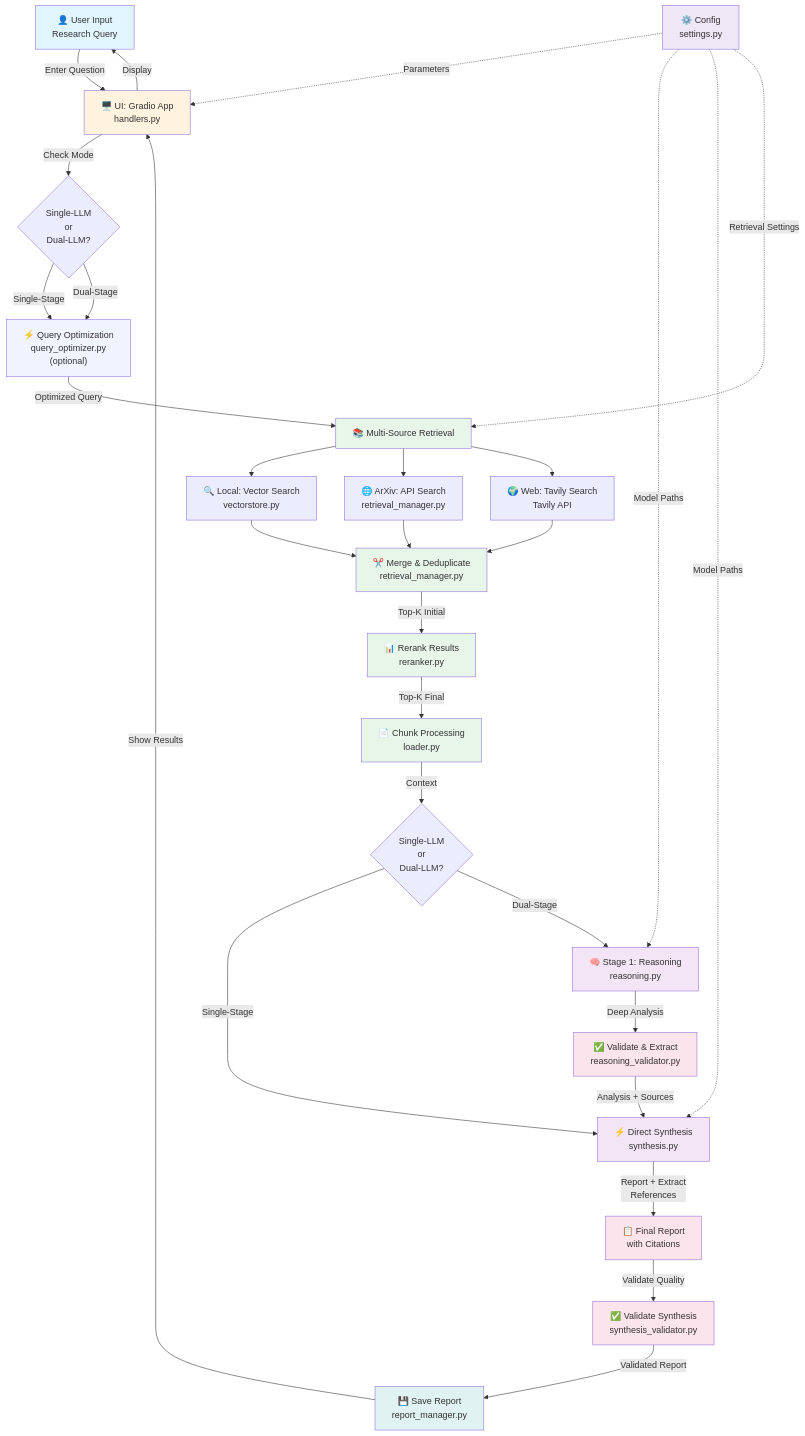
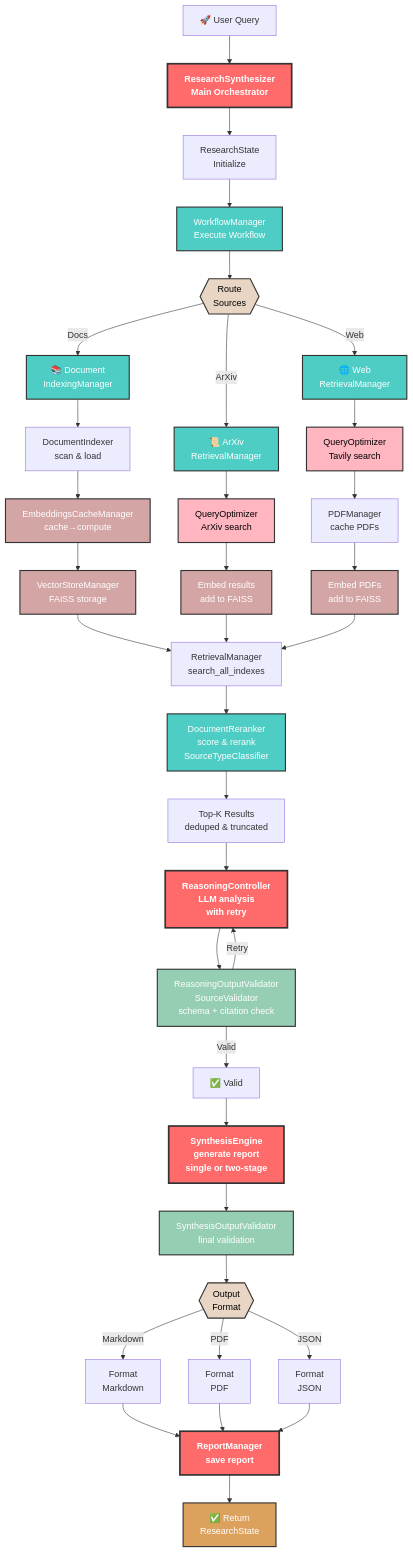
The diagram in README.md (mappfinity/research-synthesizer-pub), drawn with Mermaid before and after one commit. The commit also changed other lines of this file, not shown here.

````diff
--- a/README.md
+++ b/README.md
@@ -412,58 +41,72 @@
 ```mermaid
 graph TD
-    A["👤 User Input<br/>Research Query"] -->|Enter Question| B["🖥️ UI: Gradio App<br/>handlers.py"]
+    START["🚀 User Query"] --> SYNTH["ResearchSynthesizer<br/>Main Orchestrator"]
     
-    B -->|Check Mode| C{Single-LLM<br/>or<br/>Dual-LLM?}
+    SYNTH --> STATE["ResearchState<br/>Initialize"]
+    STATE --> WF["WorkflowManager<br/>Execute Workflow"]
     
-    C -->|Single-Stage| D0["⚡ Query Optimization<br/>query_optimizer.py<br/>(optional)"]
-    C -->|Dual-Stage| D0
+    WF --> ROUTE{{"Route<br/>Sources"}}
     
-    D0 -->|Optimized Query| E["📚 Multi-Source Retrieval"]
+    ROUTE -->|Docs| DOC["📚 Document<br/>IndexingManager"]
+    ROUTE -->|ArXiv| ARXIV["📜 ArXiv<br/>RetrievalManager"]
+    ROUTE -->|Web| WEB["🌐 Web<br/>RetrievalManager"]
     
-    E --> E1["🔍 Local: Vector Search<br/>vectorstore.py"]
-    E --> E2["🌐 ArXiv: API Search<br/>retrieval_manager.py"]
-    E --> E3["🌍 Web: Tavily Search<br/>Tavily API"]
+    DOC --> SCAN["DocumentIndexer<br/>scan & load"]
+    SCAN --> EMBED_D["EmbeddingsCacheManager<br/>cache→compute"]
+    EMBED_D --> VS["VectorStoreManager<br/>FAISS storage"]
     
-    E1 --> F["✂️ Merge & Deduplicate<br/>retrieval_manager.py"]
-    E2 --> F
-    E3 --> F
+    ARXIV --> ARXIV_API["QueryOptimizer<br/>ArXiv search"]
+    ARXIV_API --> EMBED_A["Embed results<br/>add to FAISS"]
     
-    F -->|Top-K Initial| G["📊 Rerank Results<br/>reranker.py"]
-    G -->|Top-K Final| H["📄 Chunk Processing<br/>loader.py"]
+    WEB --> WEB_API["QueryOptimizer<br/>Tavily search"]
+    WEB_API --> PDF["PDFManager<br/>cache PDFs"]
+    PDF --> EMBED_W["Embed PDFs<br/>add to FAISS"]
     
-    H -->|Context| I{Single-LLM<br/>or<br/>Dual-LLM?}
+    VS --> SEARCH["RetrievalManager<br/>search_all_indexes"]
+    EMBED_A --> SEARCH
+    EMBED_W --> SEARCH
     
-    I -->|Single-Stage| J["⚡ Direct Synthesis<br/>synthesis.py"]
-    I -->|Dual-Stage| K["🧠 Stage 1: Reasoning<br/>reasoning.py"]
+    SEARCH --> RERANK["DocumentReranker<br/>score & rerank<br/>SourceTypeClassifier"]
     
-    K -->|Deep Analysis| L["✅ Validate & Extract<br/>reasoning_validator.py"]
-    L -->|Analysis + Sources| J
+    RERANK --> TOP_K["Top-K Results<br/>deduped & truncated"]
     
-    J -->|Report + Extract<br/>References| M["📋 Final Report<br/>with Citations"]
+    TOP_K --> REASON["ReasoningController<br/>LLM analysis<br/>with retry"]
     
-    M -->|Validate Quality| N["✅ Validate Synthesis<br/>synthesis_validator.py"]
-    N -->|Validated Report| O["💾 Save Report<br/>report_manager.py"]
+    REASON --> VALIDATE_R["ReasoningOutputValidator<br/>SourceValidator<br/>schema + citation check"]
     
-    O -->|Show Results| B
-    B -->|Display| A
+    VALIDATE_R -->|Valid| VALID["✅ Valid"]
+    VALIDATE_R -->|Retry| REASON
     
-    P["⚙️ Config<br/>settings.py"] -.->|Parameters| B
-    P -.->|Model Paths| K
-    P -.->|Model Paths| J
-    P -.->|Retrieval Settings| E
+    VALID --> SYNTH_E["SynthesisEngine<br/>generate report<br/>single or two-stage"]
     
-    style A fill:#e1f5ff
-    style B fill:#fff3e0
-    style D0 fill:#f0f4ff
-    style E fill:#e8f5e9
-    style F fill:#e8f5e9
-    style G fill:#e8f5e9
-    style H fill:#e8f5e9
-    style J fill:#f3e5f5
-    style K fill:#f3e5f5
-    style L fill:#fce4ec
-    style M fill:#fce4ec
-    style N fill:#fce4ec
-    style O fill:#e0f2f1
-    style P fill:#ede7f6
+    SYNTH_E --> VALIDATE_S["SynthesisOutputValidator<br/>final validation"]
+    
+    VALIDATE_S --> FORMAT{{"Output<br/>Format"}}
+    
+    FORMAT -->|Markdown| MD["Format<br/>Markdown"]
+    FORMAT -->|PDF| PDF2["Format<br/>PDF"]
+    FORMAT -->|JSON| JSON["Format<br/>JSON"]
+    
+    MD --> REPORT["ReportManager<br/>save report"]
+    PDF2 --> REPORT
+    JSON --> REPORT
+    
+    REPORT --> DONE["✅ Return<br/>ResearchState"]
+    
+    classDef orchestrator fill:#FF6B6B,stroke:#333,color:#fff,stroke-width:3px,font-weight:bold
+    classDef manager fill:#4ECDC4,stroke:#333,color:#fff,stroke-width:2px
+    classDef processor fill:#FFEAA7,stroke:#333,color:#000,stroke-width:2px
+    classDef validator fill:#96CEB4,stroke:#333,color:#fff,stroke-width:2px
+    classDef storage fill:#D4A5A5,stroke:#333,color:#fff,stroke-width:2px
+    classDef external fill:#FFB6C1,stroke:#333,color:#000,stroke-width:2px
+    classDef decision fill:#E8D5C4,stroke:#333,color:#000,stroke-width:2px
+    classDef output fill:#DDA15E,stroke:#333,color:#fff,stroke-width:2px
+    
+    class SYNTH,REASON,SYNTH_E,REPORT orchestrator
+    class WF,RERANK,DOC,ARXIV,WEB manager
+    class VALIDATE_R,VALIDATE_S validator
+    class VS,EMBED_D,EMBED_A,EMBED_W storage
+    class ARXIV_API,WEB_API external
+    class ROUTE,FORMAT decision
+    class DONE output
 ```
````
